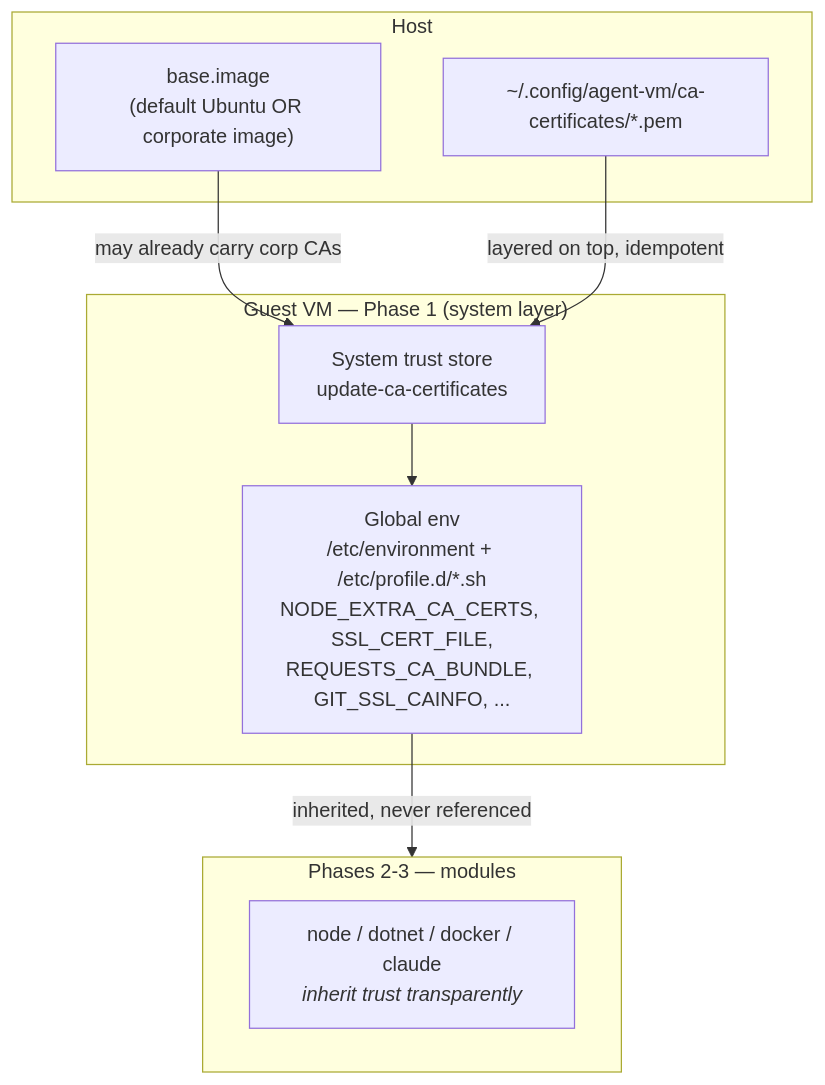
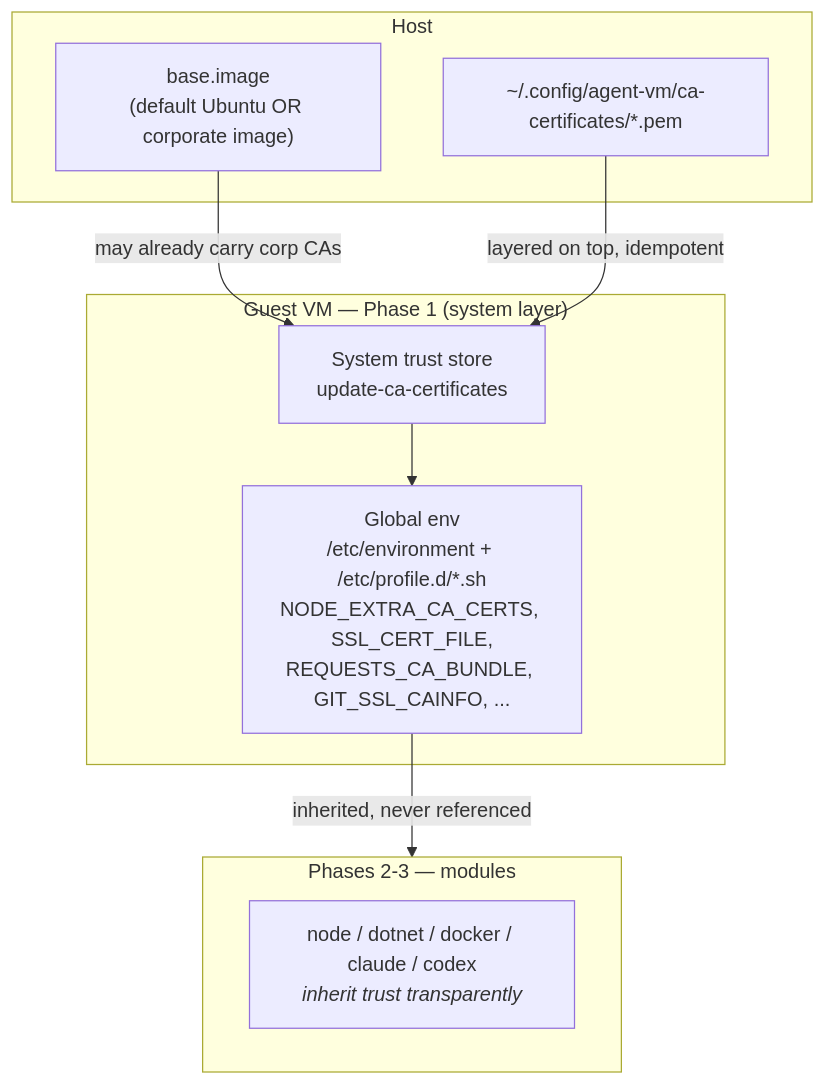
One commit to MikD1/agent-vm changed the fourth of 6 diagrams in docs/architecture.md. Above: the diagram before and after it, drawn with Mermaid. The commit also changed other lines of this file and 2 other files, not shown here.

Commit message:
docs(modules): document the codex module

````diff
--- a/docs/architecture.md
+++ b/docs/architecture.md
@@ -219,21 +219,21 @@
 ```mermaid
 graph TB
     subgraph Host
         hostca["~/.config/agent-vm/ca-certificates/*.pem"]
         baseimg["base.image<br/>(default Ubuntu OR corporate image)"]
     end
 
     subgraph Guest["Guest VM — Phase 1 (system layer)"]
         trust["System trust store<br/>update-ca-certificates"]
         env["Global env<br/>/etc/environment + /etc/profile.d/*.sh<br/>NODE_EXTRA_CA_CERTS, SSL_CERT_FILE,<br/>REQUESTS_CA_BUNDLE, GIT_SSL_CAINFO, ..."]
     end
 
     subgraph Modules["Phases 2-3 — modules"]
-        m["node / dotnet / docker / claude<br/><i>inherit trust transparently</i>"]
+        m["node / dotnet / docker / claude / codex<br/><i>inherit trust transparently</i>"]
     end
 
     baseimg -- "may already carry corp CAs" --> trust
     hostca -- "layered on top, idempotent" --> trust
     trust --> env
     env -- "inherited, never referenced" --> Modules
 ```
````
